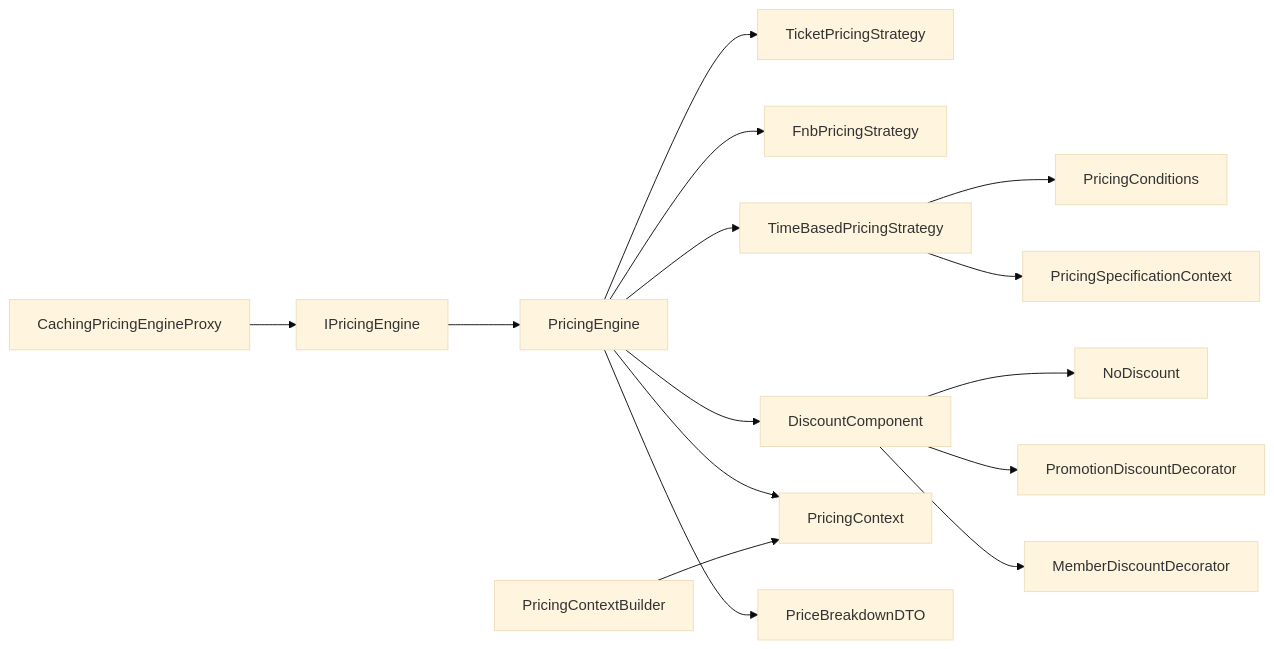
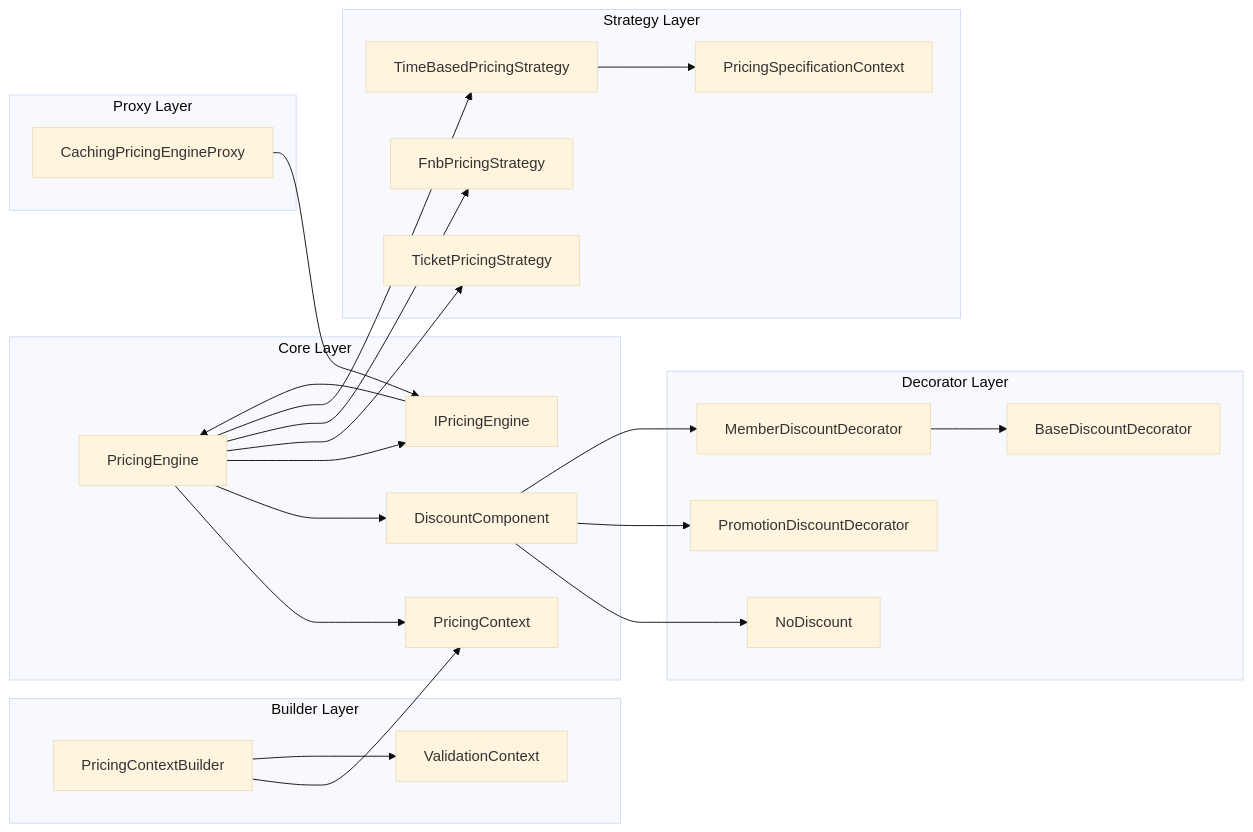
The seventh of 8 diagrams in .qoder/repowiki/en/content/Design Patterns Implementation/Dynamic Pricing Engine.md (anhtudayne/Design_Pattern), drawn with Mermaid (base theme) before and after one commit. The commit also changed other lines of this file and 10 other files, not shown here.

````diff
--- a/.qoder/repowiki/en/content/Design Patterns Implementation/Dynamic Pricing Engine.md
+++ b/.qoder/repowiki/en/content/Design Patterns Implementation/Dynamic Pricing Engine.md
@@ -568,17 +370,28 @@
 ```mermaid
 graph LR
-PE["PricingEngine"] --> STR1["TicketPricingStrategy"]
+subgraph "Core Layer"
+PE["PricingEngine"] --> PC["PricingContext"]
+PE --> DC["DiscountComponent"]
+PE --> IP["IPricingEngine"]
+end
+subgraph "Builder Layer"
+PCB["PricingContextBuilder"] --> PC
+PCB --> SV["ValidationContext"]
+end
+subgraph "Strategy Layer"
+PE --> STR1["TicketPricingStrategy"]
 PE --> STR2["FnbPricingStrategy"]
 PE --> STR3["TimeBasedPricingStrategy"]
-PE --> DC["DiscountComponent"]
-PE --> PC["PricingContext"]
-PE --> PBD["PriceBreakdownDTO"]
-PCB["PricingContextBuilder"] --> PC
-STR3 --> SPEC["PricingConditions"]
-STR3 --> SPEC_CTX["PricingSpecificationContext"]
+STR3 --> SPEC["PricingSpecificationContext"]
+end
+subgraph "Decorator Layer"
 DC --> NO["NoDiscount"]
 DC --> PD["PromotionDiscountDecorator"]
 DC --> MD["MemberDiscountDecorator"]
-CACHE["CachingPricingEngineProxy"] --> IP["IPricingEngine"]
+MD --> BASE["BaseDiscountDecorator"]
+end
+subgraph "Proxy Layer"
+CACHE["CachingPricingEngineProxy"] --> IP
 IP --> PE
+end
 ```
````
